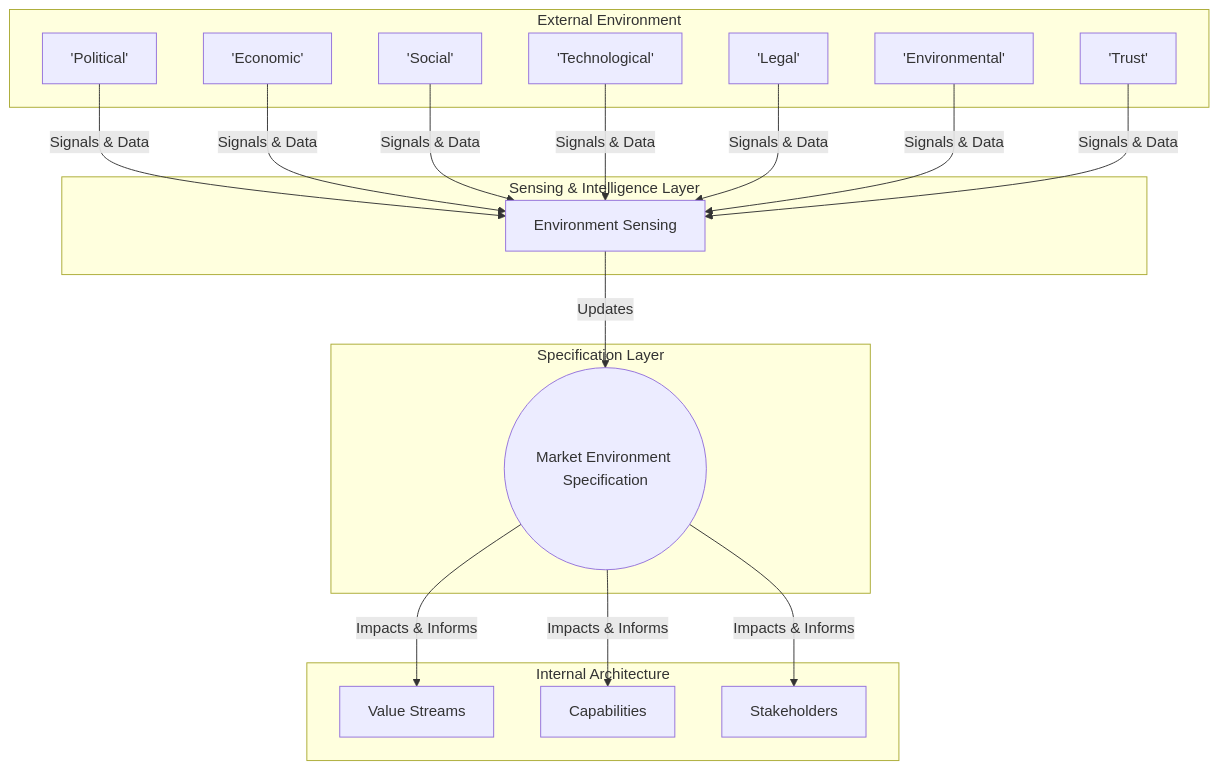
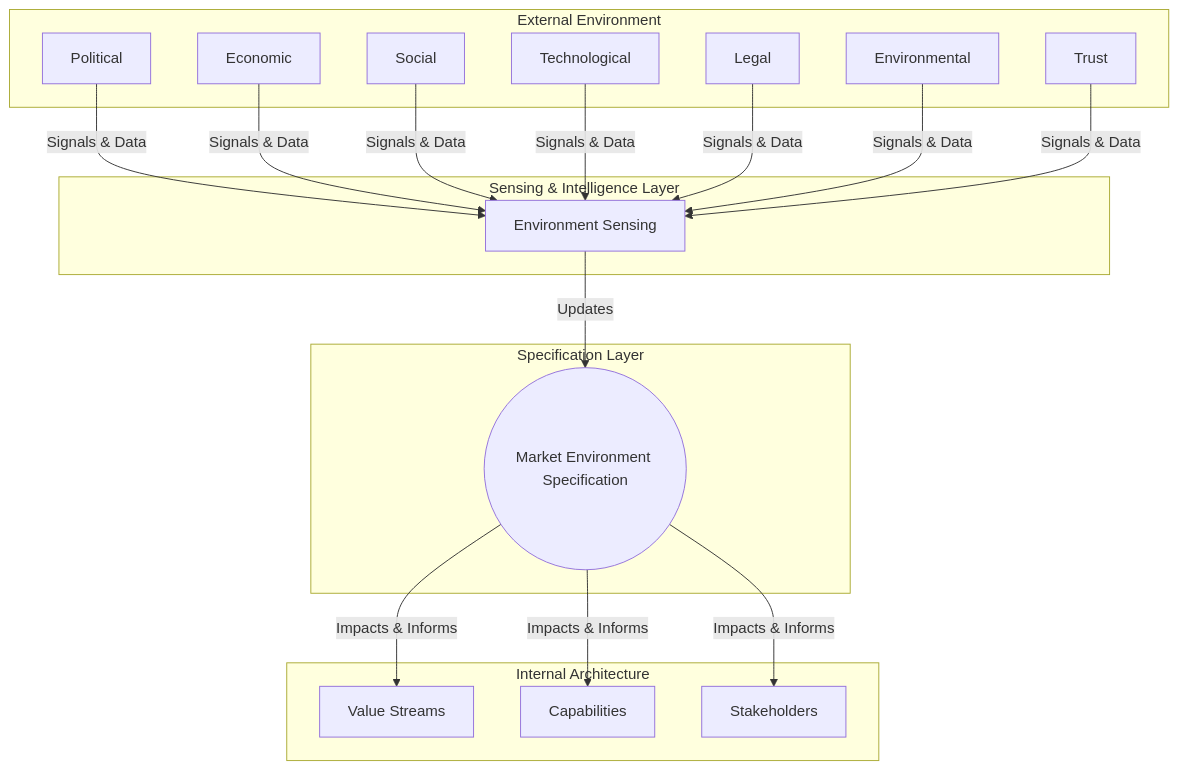
The diagram in _patterns/market-environment-specification.md (Commons-OS/patterns), drawn with Mermaid before and after one commit. The commit also changed other lines of this file and 41 other files, not shown here.

````diff
--- a/_patterns/market-environment-specification.md
+++ b/_patterns/market-environment-specification.md
@@ -114,32 +117,32 @@
 ```mermaid
 graph TD
     subgraph External Environment
-        P['Political']
-        E['Economic']
-        S['Social']
-        T['Technological']
-        L['Legal']
-        EV['Environmental']
-        TR['Trust']
+        P["Political"]
+        E["Economic"]
+        S["Social"]
+        T["Technological"]
+        L["Legal"]
+        EV["Environmental"]
+        TR["Trust"]
     end
 
     subgraph Sensing & Intelligence Layer
         ES[Environment Sensing]
     end
 
     subgraph Specification Layer
         MES((Market Environment Specification))
     end
 
     subgraph Internal Architecture
         VS[Value Streams]
         CAP[Capabilities]
         ST[Stakeholders]
     end
 
     P & E & S & T & L & EV & TR -->|Signals & Data| ES
     ES -->|Updates| MES
     MES -->|Impacts & Informs| VS
     MES -->|Impacts & Informs| CAP
     MES -->|Impacts & Informs| ST
 ```
````
